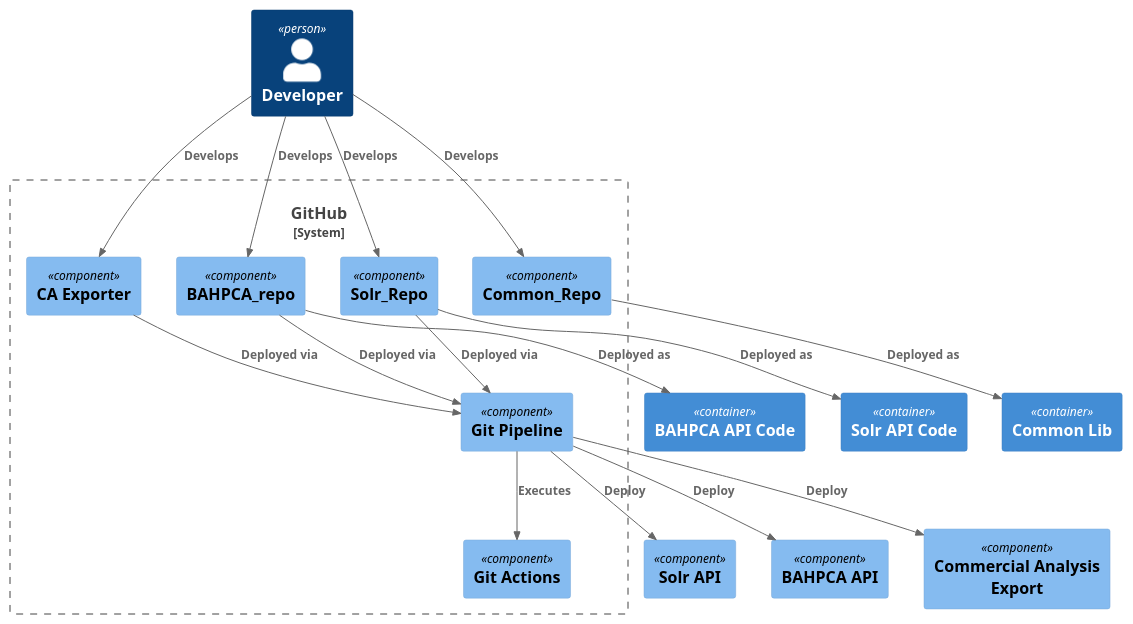
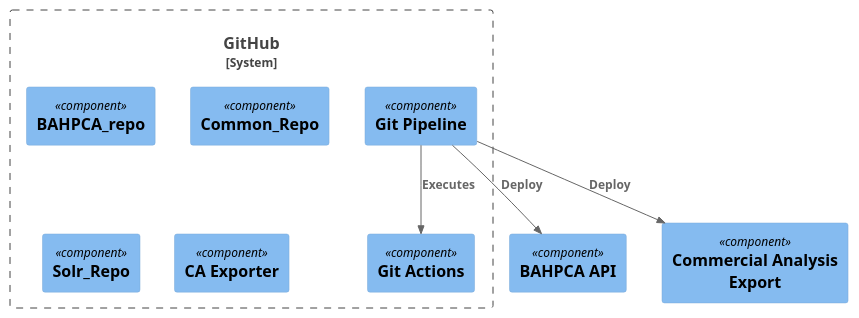
One commit to brunasti/icepanel-tools changed the diagram in docs/icePanel-C4-output-2-GitHub.puml. Above: the diagram before and after it, drawn with PlantUML. The commit also changed 39 other files, not shown here.

```diff
--- a/docs/icePanel-C4-output-2-GitHub.puml
+++ b/docs/icePanel-C4-output-2-GitHub.puml
@@ -1,56 +1,40 @@
 @startuml
 'https://plantuml.com/class-diagram
 ' CONVERT ICEPANEL DIAGRAM ===========
 ' Converter          : it.brunasti.icepanel.tools.IcePanelToPlantUmlConverter
-' IcePanel JSON File : [./src/test/resources/icepanel-plain.json]
+' IcePanel JSON File : [./src/test/resources/icepanel-structured.json]
 ' Configuration      : [./docs/config.json]
-' Generated at       : Wed Apr 10 10:08:21 CEST 2024
+' Generated at       : Wed Apr 10 11:28:48 CEST 2024
 
 !include https://raw.githubusercontent.com/plantuml-stdlib/C4-PlantUML/master/C4_Context.puml
 !include https://raw.githubusercontent.com/plantuml-stdlib/C4-PlantUML/master/C4_Component.puml
 
 
 ' Include         : [./docs/include.txt] ---------
 hide empty members
 ' Include end     : --------------------------
 
 
 System_Boundary(axBWvtIPYmpByC3xkoHt, "GitHub" ) {
     ' CLASSES =======
     Component(DzQ4VPgJYKxSkilz6snk, "BAHPCA_repo", "" )
     Component(6uyz5GXgHFSVjrwIwRKC, "Common_Repo", "" )
     Component(nd7uOWs4bfaeXm73vKFa, "Solr_Repo", "" )
     Component(aik6DuJQc2KhSf4c5QZV, "CA Exporter", "" )
     Component(F2hUPV68esNdYOZlEDZp, "Git Pipeline", "" )
     Component(sevE1WSEK6p75cxmStkb, "Git Actions", "" )
 }
 
 
 ' NEIGHBOR CLASSES =======
-Component(OmsC5XSTv64h2ua9yNDK, "Solr API", "" )
-Container(Nr2rq32hBezwoAGeNT2U, "BAHPCA API Code", "", "" )
-Person(oTbmuU7ncIHqPnGupIDk, "Developer", "" )
-Container(Vg8nvjzPDirSBRjT8K3Q, "Solr API Code", "", "" )
 Component(4teQrlbMUj5LLqxdVcPK, "BAHPCA API", "" )
 Component(BxsQud7gKwTvBJQ0KNj2, "Commercial Analysis Export", "" )
-Container(DqaxYHtWGYqlWeYgZkyP, "Common Lib", "", "" )
 
 
 ' CONNECTIONS =======
-Rel(DzQ4VPgJYKxSkilz6snk, Nr2rq32hBezwoAGeNT2U, "Deployed as" )
-Rel(oTbmuU7ncIHqPnGupIDk, 6uyz5GXgHFSVjrwIwRKC, "Develops" )
-Rel(nd7uOWs4bfaeXm73vKFa, Vg8nvjzPDirSBRjT8K3Q, "Deployed as" )
-Rel(oTbmuU7ncIHqPnGupIDk, DzQ4VPgJYKxSkilz6snk, "Develops" )
 Rel(F2hUPV68esNdYOZlEDZp, 4teQrlbMUj5LLqxdVcPK, "Deploy" )
-Rel(oTbmuU7ncIHqPnGupIDk, nd7uOWs4bfaeXm73vKFa, "Develops" )
-Rel(DzQ4VPgJYKxSkilz6snk, F2hUPV68esNdYOZlEDZp, "Deployed via" )
-Rel(nd7uOWs4bfaeXm73vKFa, F2hUPV68esNdYOZlEDZp, "Deployed via" )
-Rel(aik6DuJQc2KhSf4c5QZV, F2hUPV68esNdYOZlEDZp, "Deployed via" )
-Rel(6uyz5GXgHFSVjrwIwRKC, DqaxYHtWGYqlWeYgZkyP, "Deployed as" )
-Rel(F2hUPV68esNdYOZlEDZp, OmsC5XSTv64h2ua9yNDK, "Deploy" )
-Rel(oTbmuU7ncIHqPnGupIDk, aik6DuJQc2KhSf4c5QZV, "Develops" )
 Rel(F2hUPV68esNdYOZlEDZp, sevE1WSEK6p75cxmStkb, "Executes" )
 Rel(F2hUPV68esNdYOZlEDZp, BxsQud7gKwTvBJQ0KNj2, "Deploy" )
 
 
 @enduml
```
